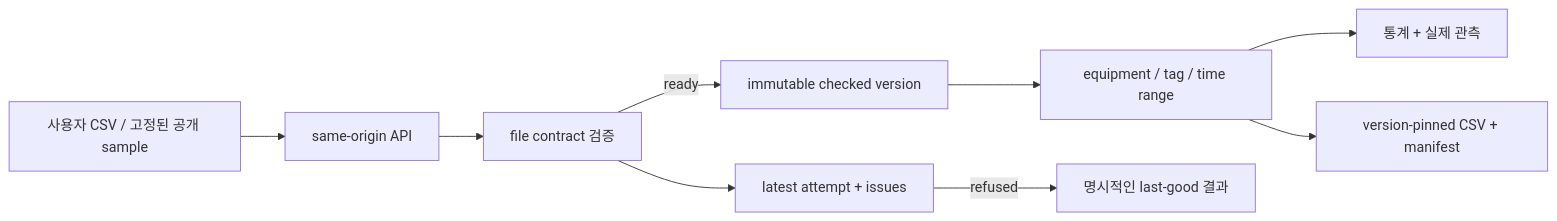
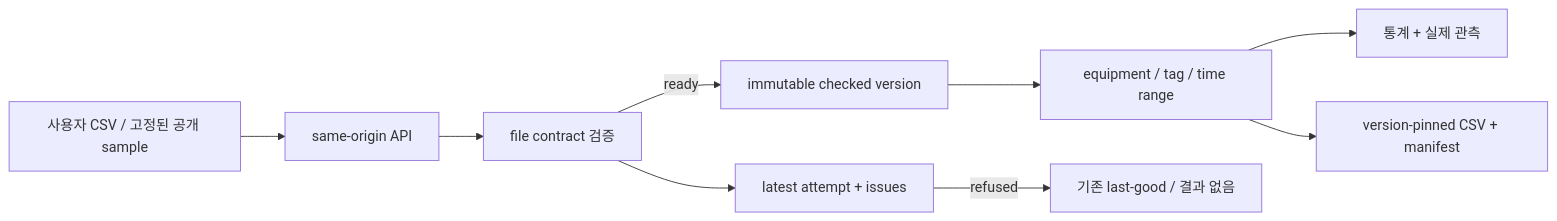
The first of 3 diagrams in docs/ARCHITECTURE.md (junhyun-dev/manufacturing-data-platform), drawn with Mermaid before and after one commit. The commit also changed other lines of this file and 3 other files, not shown here.

````diff
--- a/docs/ARCHITECTURE.md
+++ b/docs/ARCHITECTURE.md
@@ -7,11 +7,11 @@
 ```mermaid
 flowchart LR
   file["사용자 CSV / 고정된 공개 sample"] --> api["same-origin API"]
   api --> validate["file contract 검증"]
   validate --> attempt["latest attempt + issues"]
   validate -- ready --> version["immutable checked version"]
   version --> select["equipment / tag / time range"]
   select --> view["통계 + 실제 관측"]
   select --> export["version-pinned CSV + manifest"]
-  attempt -- refused --> previous["명시적인 last-good 결과"]
+  attempt -- refused --> previous["기존 last-good / 결과 없음"]
 ```
````
